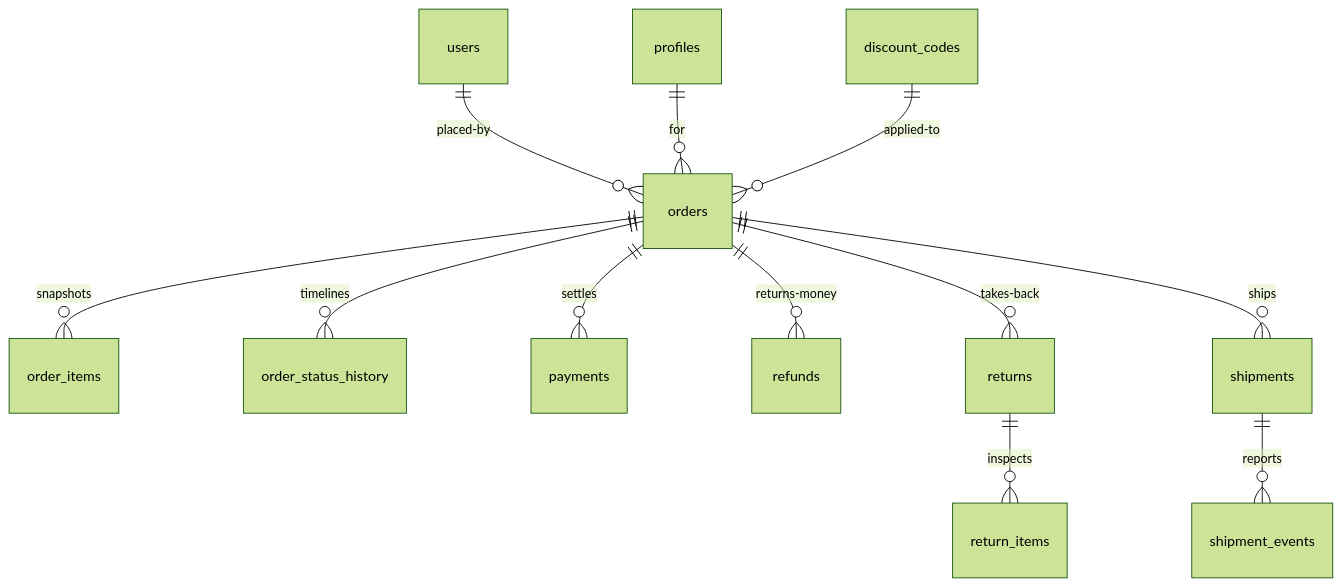
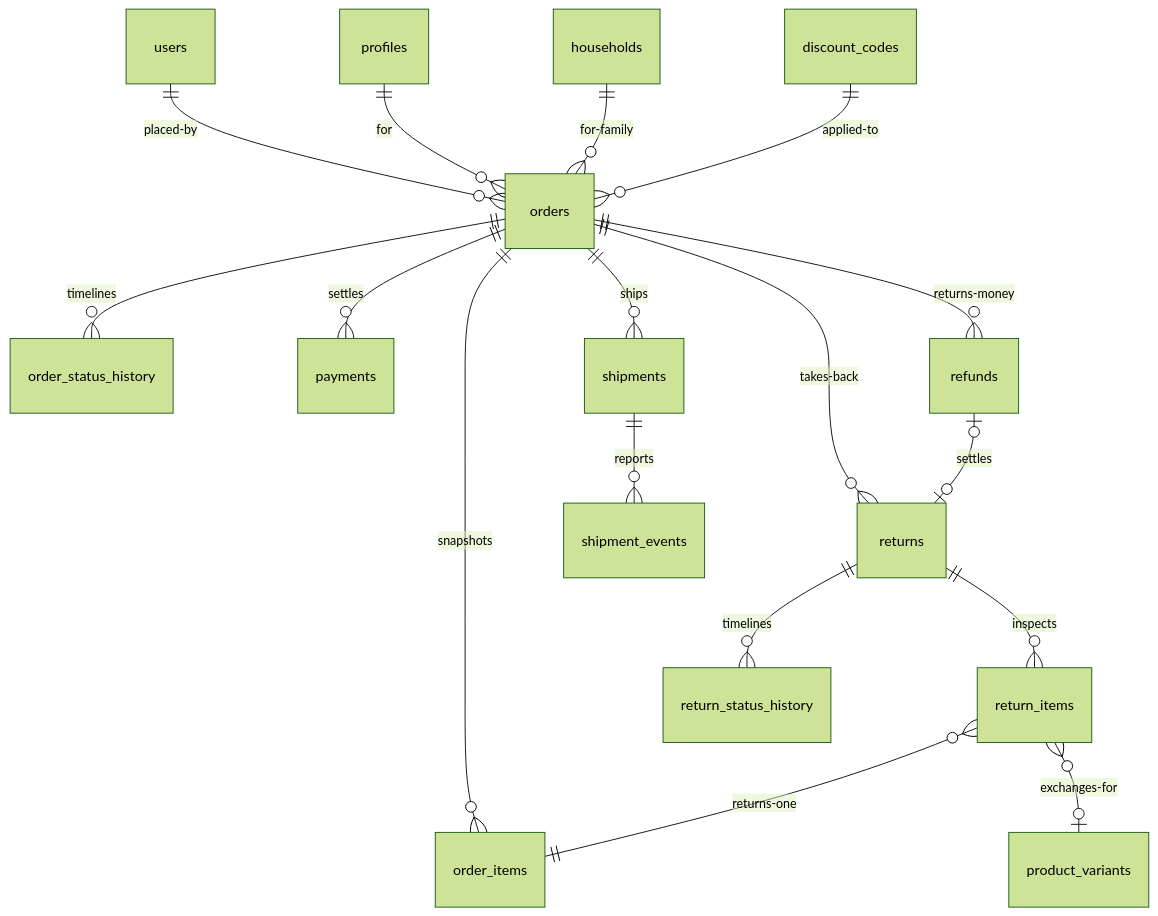
One commit to UnmarriedIdentity/the-unlugged-wear changed the diagram in DOC/backend/06-Orders-Payments.md. Above: the diagram before and after it, drawn with Mermaid (forest theme). The commit also changed other lines of this file and 13 other files, not shown here.

````diff
--- a/DOC/backend/06-Orders-Payments.md
+++ b/DOC/backend/06-Orders-Payments.md
@@ -194,14 +234,19 @@
 ```mermaid
 erDiagram
     users ||--o{ orders : placed-by
     profiles ||--o{ orders : for
+    households ||--o{ orders : for-family
     discount_codes ||--o{ orders : applied-to
     orders ||--o{ order_items : snapshots
     orders ||--o{ order_status_history : timelines
     orders ||--o{ payments : settles
     orders ||--o{ refunds : returns-money
     orders ||--o{ returns : takes-back
     returns ||--o{ return_items : inspects
+    returns ||--o{ return_status_history : timelines
+    return_items }o--|| order_items : returns-one
+    return_items }o--o| product_variants : exchanges-for
+    refunds |o--o| returns : settles
     orders ||--o{ shipments : ships
     shipments ||--o{ shipment_events : reports
 ```
````
